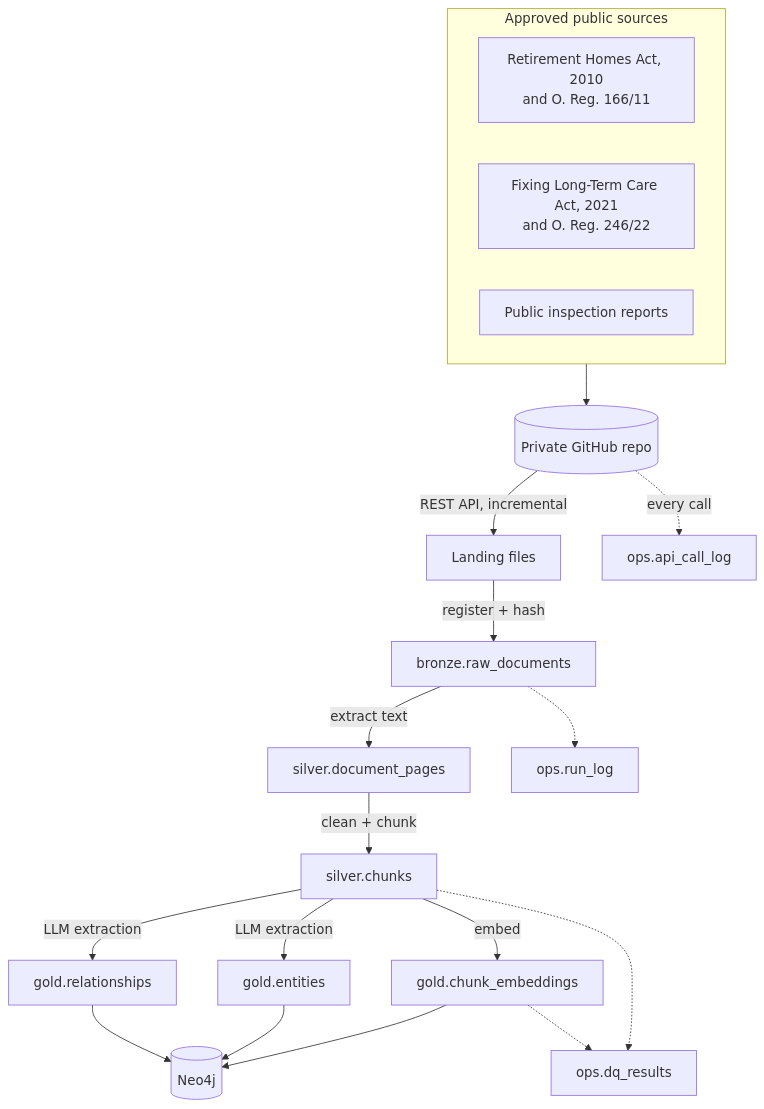
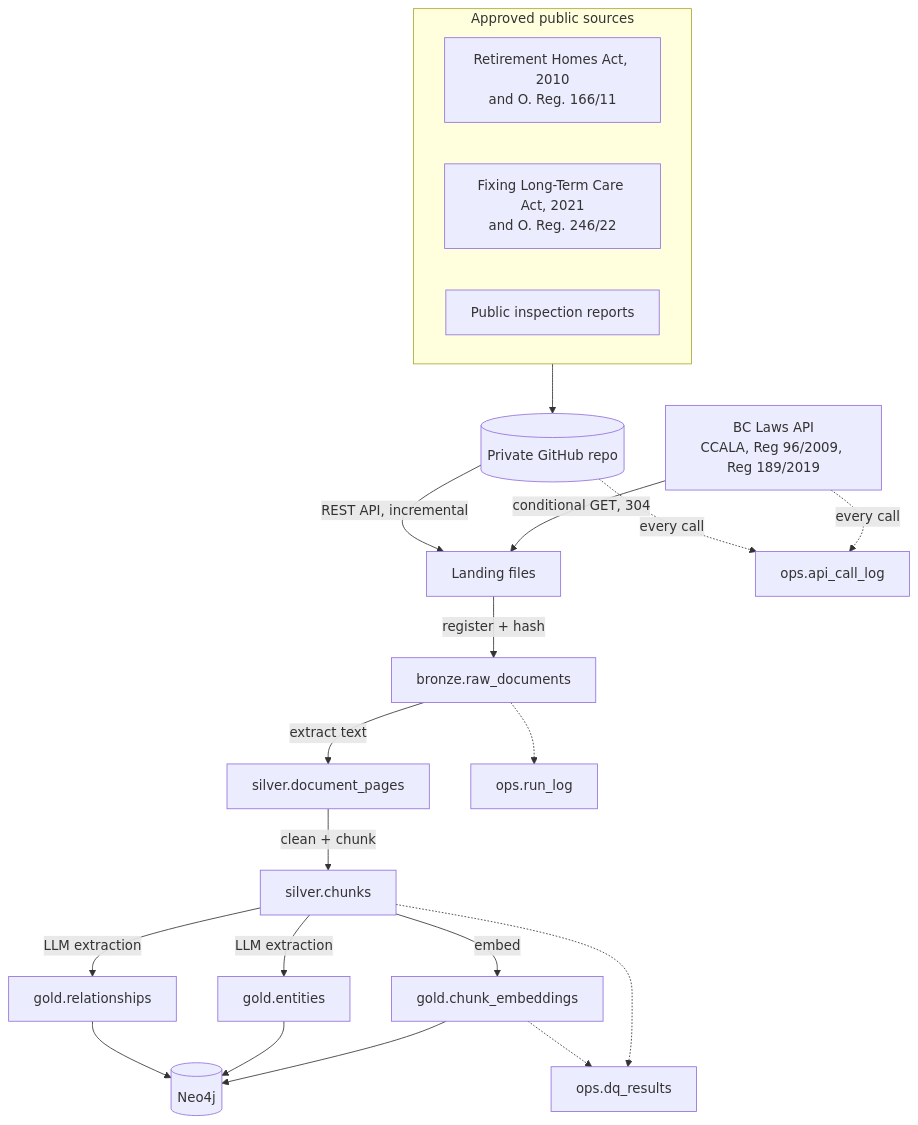
One commit to sharmagaurav5892-svg/care-reg-platform changed the first of 2 diagrams in docs/01_architecture.md. Above: the diagram before and after it, drawn with Mermaid. The commit also changed other lines of this file and 21 other files, not shown here.

First line of the commit message:
Step 2b: add BC Laws public API, make bronze connector-neutral

````diff
--- a/docs/01_architecture.md
+++ b/docs/01_architecture.md
@@ -14,23 +14,25 @@
 ```mermaid
 flowchart TB
     subgraph SRC[Approved public sources]
       S1[Retirement Homes Act, 2010<br/>and O. Reg. 166/11]
       S2[Fixing Long-Term Care Act, 2021<br/>and O. Reg. 246/22]
       S3[Public inspection reports]
     end
+    BC[BC Laws API<br/>CCALA, Reg 96/2009, Reg 189/2019] -->|conditional GET, 304| L[Landing files]
     SRC --> GH[(Private GitHub repo)]
-    GH -->|REST API, incremental| L[Landing files]
-    GH -.->|every call| AL[ops.api_call_log]
+    GH -->|REST API, incremental| L
+    BC -.->|every call| AL[ops.api_call_log]
+    GH -.->|every call| AL
     L -->|register + hash| B[bronze.raw_documents]
     B -->|extract text| SP[silver.document_pages]
     SP -->|clean + chunk| SC[silver.chunks]
     SC -->|embed| GE[gold.chunk_embeddings]
     SC -->|LLM extraction| GN[gold.entities]
     SC -->|LLM extraction| GR[gold.relationships]
     GE --> N[(Neo4j)]
     GN --> N
     GR --> N
     B -.-> RL[ops.run_log]
     SC -.-> DQ[ops.dq_results]
     GE -.-> DQ
 ```
````
